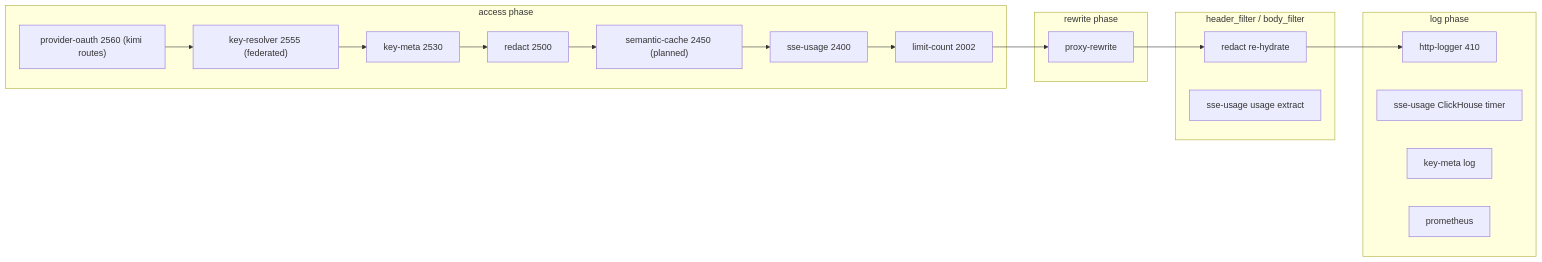
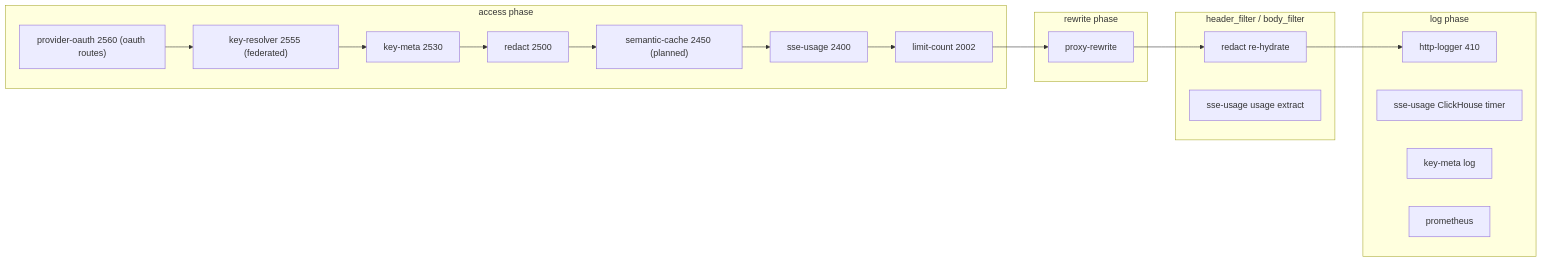
Before and after one commit to Independent-AI-Labs/WORKSPACE-GATEWAY: the diagram in docs/architecture/PLUGIN-PIPELINE.md, drawn with Mermaid. The commit also changed other lines of this file and 6 other files, not shown here.

````diff
--- a/docs/architecture/PLUGIN-PIPELINE.md
+++ b/docs/architecture/PLUGIN-PIPELINE.md
@@ -11,26 +11,26 @@
 ```mermaid
 graph LR
     subgraph access [access phase]
-        KA["provider-oauth 2560 (kimi routes)"]
+        KA["provider-oauth 2560 (oauth routes)"]
         KR["key-resolver 2555 (federated)"]
         KM["key-meta 2530"]
         RD["redact 2500"]
         SC["semantic-cache 2450 (planned)"]
         SU0["sse-usage 2400"]
         LC["limit-count 2002"]
     end
     subgraph rewrite [rewrite phase]
         PRW["proxy-rewrite"]
     end
     subgraph header_body [header_filter / body_filter]
         RD2["redact re-hydrate"]
         SU["sse-usage usage extract"]
     end
     subgraph log [log phase]
         HL["http-logger 410"]
         SU2["sse-usage ClickHouse timer"]
         KM2["key-meta log"]
         PM["prometheus"]
     end
     KA --> KR --> KM --> RD --> SC --> SU0 --> LC --> PRW --> RD2 --> HL
 ```
````
